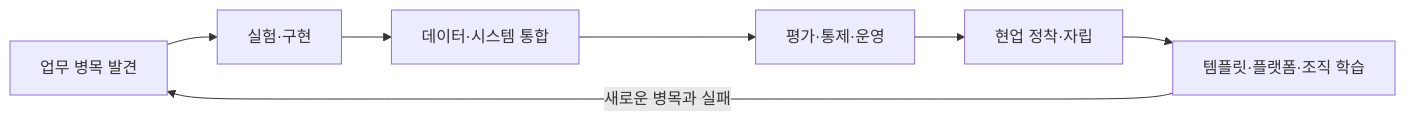
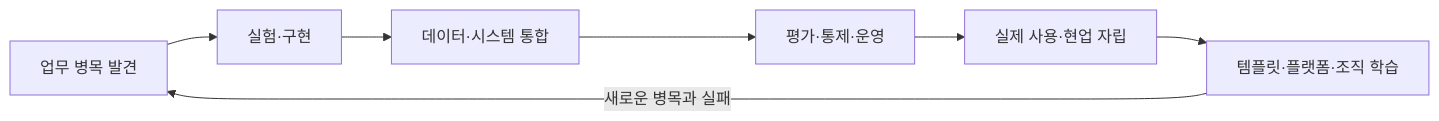
Before and after one commit to woogi-kang/ax-engineer-roadmap: the diagram in research/ax-engineer-role-review.md, drawn with Mermaid. The commit also changed other lines of this file and 217 other files, not shown here.

First line of the commit message:
docs: refresh AX roadmap and retire legacy site (#29)

````diff
--- a/research/ax-engineer-role-review.md
+++ b/research/ax-engineer-role-review.md
@@ -72,9 +108,9 @@
 ```mermaid
 flowchart LR
     P["업무 병목 발견"] --> E["실험·구현"]
     E --> I["데이터·시스템 통합"]
     I --> O["평가·통제·운영"]
-    O --> A["현업 정착·자립"]
+    O --> A["실제 사용·현업 자립"]
     A --> R["템플릿·플랫폼·조직 학습"]
     R -->|"새로운 병목과 실패"| P
 ```
````
